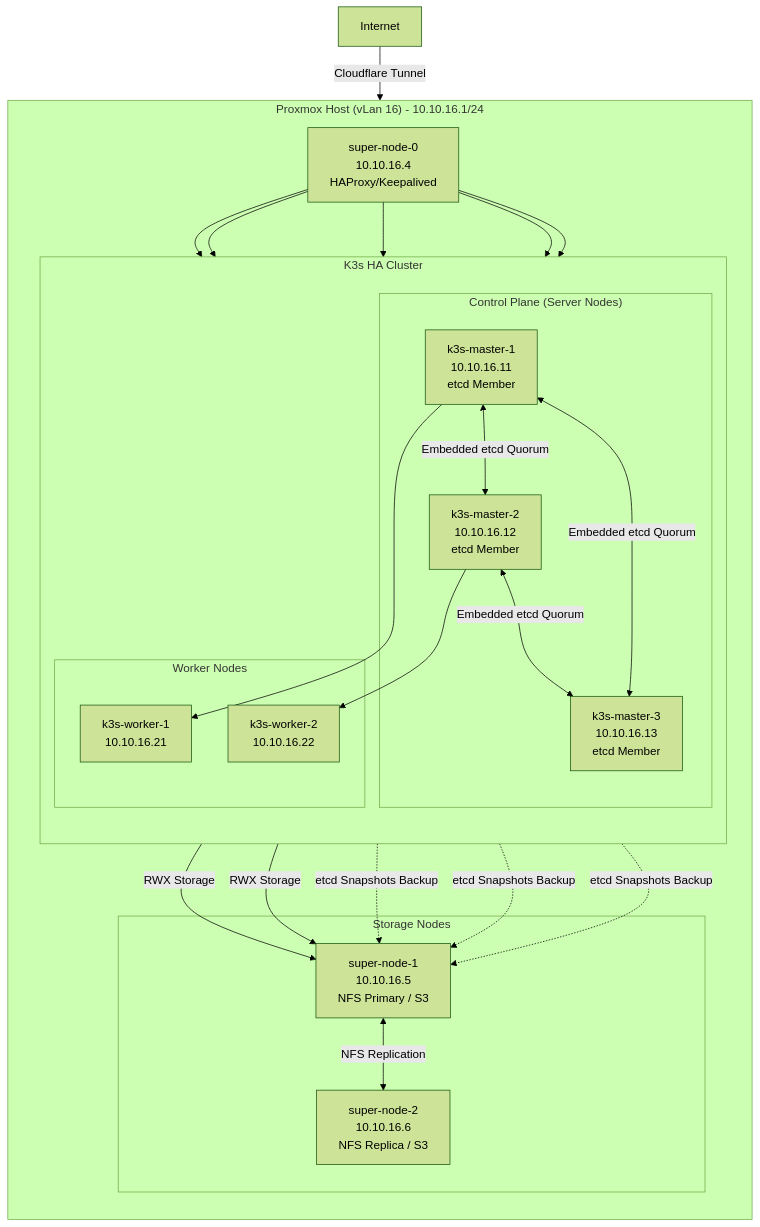
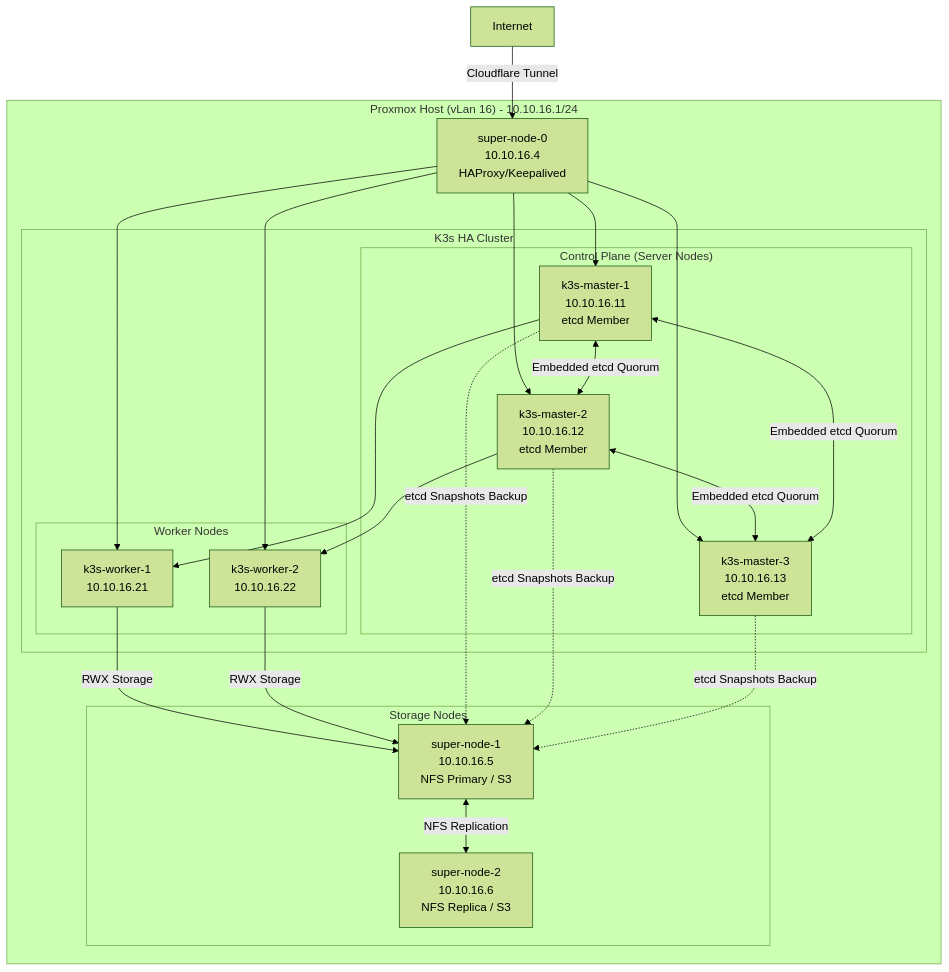
Before and after one commit to traipoap/gitops-platform: the third of 4 diagrams in README.md, drawn with Mermaid (forest theme).

````diff
--- a/README.md
+++ b/README.md
@@ -167,49 +167,47 @@
 ```mermaid
 flowchart TD
     subgraph Proxmox ["Proxmox Host (vLan 16) - 10.10.16.1/24"]
         SN0[super-node-0<br/>10.10.16.4<br/>HAProxy/Keepalived]
-        direction TB
         subgraph Storage ["Storage Nodes"]
             SN1[super-node-1<br/>10.10.16.5<br/>NFS Primary / S3]
             SN2[super-node-2<br/>10.10.16.6<br/>NFS Replica / S3]
         end    
         
         subgraph K3s_Cluster ["K3s HA Cluster"]
-            direction TB      
             subgraph ControlPlane ["Control Plane (Server Nodes)"]
                 M1[k3s-master-1<br/>10.10.16.11<br/>etcd Member]
                 M2[k3s-master-2<br/>10.10.16.12<br/>etcd Member]
                 M3[k3s-master-3<br/>10.10.16.13<br/>etcd Member]
             end
 
             subgraph Workers ["Worker Nodes"]
                 W1[k3s-worker-1<br/>10.10.16.21]
                 W2[k3s-worker-2<br/>10.10.16.22]
             end
         end
     end
 
     Internet[Internet] -->|Cloudflare Tunnel| SN0
     SN1 <-->|NFS Replication| SN2
     
     %% Correct LB Flow
     SN0 --> M1
     SN0 --> M2
     SN0 --> M3
     
     %% Correct etcd Flow (Embedded)
     M1 <-->|Embedded etcd Quorum| M2
     M2 <-->|Embedded etcd Quorum| M3
     M1 <-->|Embedded etcd Quorum| M3
     
     %% Worker Connections
     SN0 --> W1
     SN0 --> W2
     M1 --> W1
     M2 --> W2
     
     %% Storage Flow (Application Data ONLY)
     W1 -->|RWX Storage| SN1
     W2 -->|RWX Storage| SN1
     M1 & M2 & M3 -.->|etcd Snapshots Backup| SN1   
 ```
````
